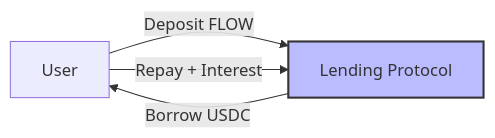
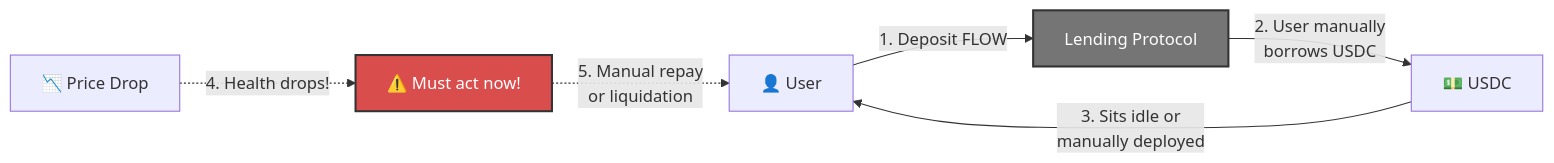
One commit to onflow/docs changed the first of 3 diagrams in docs/defi/fcm/basics.md. Above: the diagram before and after it, drawn with Mermaid. The commit also changed other lines of this file and 12 other files, not shown here.

````diff
--- a/docs/defi/fcm/basics.md
+++ b/docs/defi/fcm/basics.md
@@ -23,8 +23,12 @@
 ```mermaid
 graph LR
-    User[User] -->|Deposit FLOW| Protocol[Lending Protocol]
-    Protocol -->|Borrow USDC| User
-    User -->|Repay + Interest| Protocol
+    User[👤 User] -->|1. Deposit FLOW| Protocol[Lending Protocol]
+    Protocol -->|2. User manually<br/>borrows USDC| Borrowed[💵 USDC]
+    Borrowed -->|3. Sits idle or<br/>manually deployed| User
 
-    style Protocol fill:#bbf,stroke:#333,stroke-width:2px
+    Drop[📉 Price Drop] -.->|4. Health drops!| Alert[⚠️ Must act now!]
+    Alert -.->|5. Manual repay<br/>or liquidation| User
+
+    style Protocol fill:#757575,stroke:#333,stroke-width:2px,color:#fff
+    style Alert fill:#d94d4d,stroke:#333,stroke-width:2px,color:#fff
 ```
````
